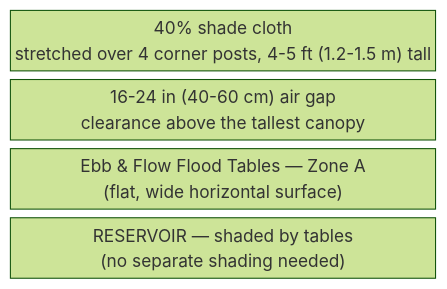
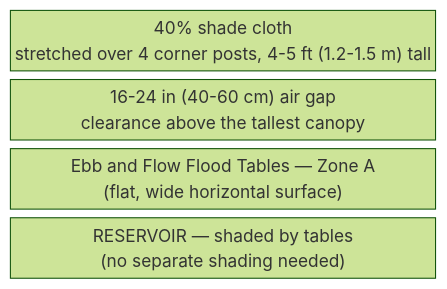
The third of 3 diagrams in guide/ebb-and-flow/04-lighting.md (UncleJS/guide_hydroponics), drawn with Mermaid (forest theme) before and after one commit. The commit also changed 18 other files, not shown here.

````diff
--- a/guide/ebb-and-flow/04-lighting.md
+++ b/guide/ebb-and-flow/04-lighting.md
@@ -327,8 +327,8 @@
 ```mermaid
 block-beta
   columns 1
   cloth["40% shade cloth<br/>stretched over 4 corner posts, 4-5 ft (1.2-1.5 m) tall"]
   gap["16-24 in (40-60 cm) air gap<br/>clearance above the tallest canopy"]
-  tables["Ebb &amp; Flow Flood Tables — Zone A<br/>(flat, wide horizontal surface)"]
+  tables["Ebb and Flow Flood Tables — Zone A<br/>(flat, wide horizontal surface)"]
   res["RESERVOIR — shaded by tables<br/>(no separate shading needed)"]
 ```
````
